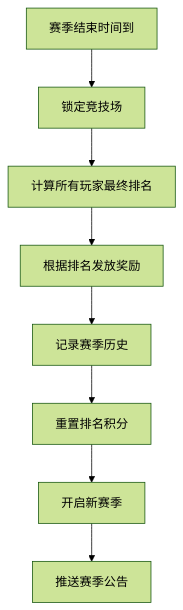
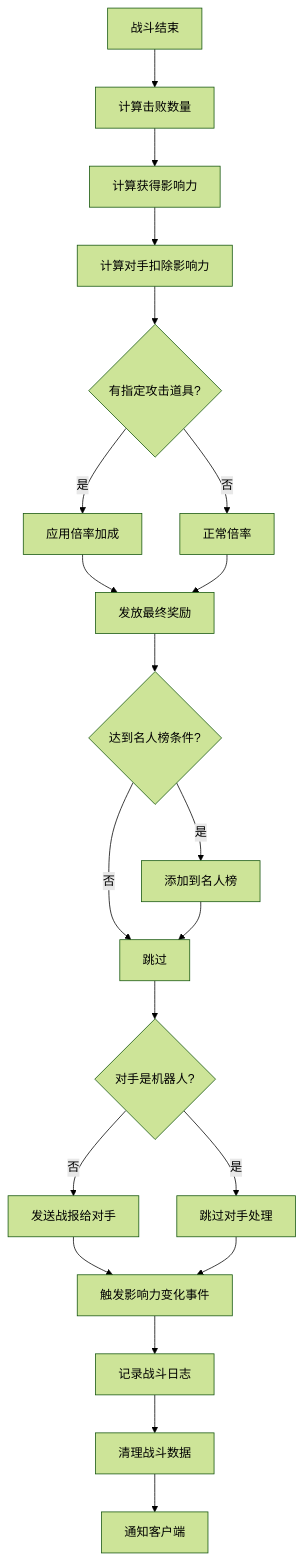
The sixth of 6 diagrams in docs/Module_Arena/05_完整说明.md (Alan-Ben/k2c_game_framework), drawn with Mermaid (forest theme) before and after one commit. The commit also changed other lines of this file and 75 other files, not shown here.

````diff
--- a/docs/Module_Arena/05_完整说明.md
+++ b/docs/Module_Arena/05_完整说明.md
@@ -126,10 +282,30 @@
 ```mermaid
 flowchart TD
-    A[赛季结束时间到] --> B[锁定竞技场]
-    B --> C[计算所有玩家最终排名]
-    C --> D[根据排名发放奖励]
-    D --> E[记录赛季历史]
-    E --> F[重置排名积分]
-    F --> G[开启新赛季]
-    G --> H[推送赛季公告]
+    A[战斗结束] --> B[计算击败数量]
+    B --> C[计算获得影响力]
+    C --> D[计算对手扣除影响力]
+
+    D --> E{有指定攻击道具?}
+    E -->|是| F[应用倍率加成]
+    E -->|否| G[正常倍率]
+
+    F --> H[发放最终奖励]
+    G --> H
+
+    H --> I{达到名人榜条件?}
+    I -->|是| J[添加到名人榜]
+    I -->|否| K[跳过]
+
+    J --> K
+    K --> L{对手是机器人?}
+
+    L -->|否| M[发送战报给对手]
+    L -->|是| N[跳过对手处理]
+
+    M --> O[触发影响力变化事件]
+    N --> O
+
+    O --> P[记录战斗日志]
+    P --> Q[清理战斗数据]
+    Q --> R[通知客户端]
 ```
````
